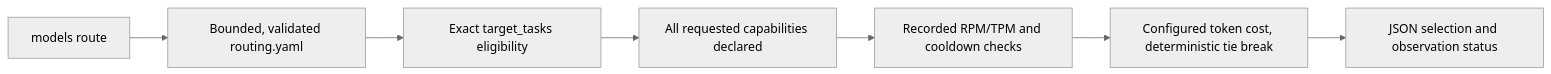
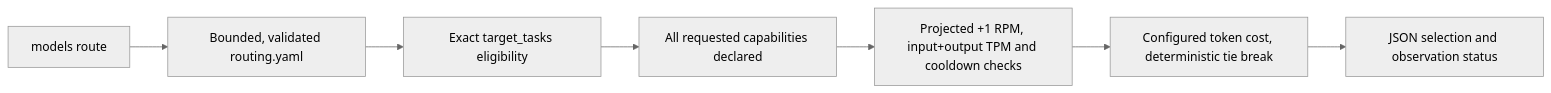
Before and after one commit to cordanaLLM/praetor: the diagram in docs/standards/model-routing-and-fanout.md, drawn with Mermaid (neutral theme). The commit also changed other lines of this file and 13 other files, not shown here.

````diff
--- a/docs/standards/model-routing-and-fanout.md
+++ b/docs/standards/model-routing-and-fanout.md
@@ -11,9 +12,9 @@
 ```mermaid
 flowchart LR
     CLI["models route"] --> CONFIG["Bounded, validated routing.yaml"]
     CONFIG --> TASK["Exact target_tasks eligibility"]
     TASK --> CAPS["All requested capabilities declared"]
-    CAPS --> USAGE["Recorded RPM/TPM and cooldown checks"]
+    CAPS --> USAGE["Projected +1 RPM, input+output TPM and cooldown checks"]
     USAGE --> COST["Configured token cost, deterministic tie break"]
     COST --> RESULT["JSON selection and observation status"]
 ```
````
